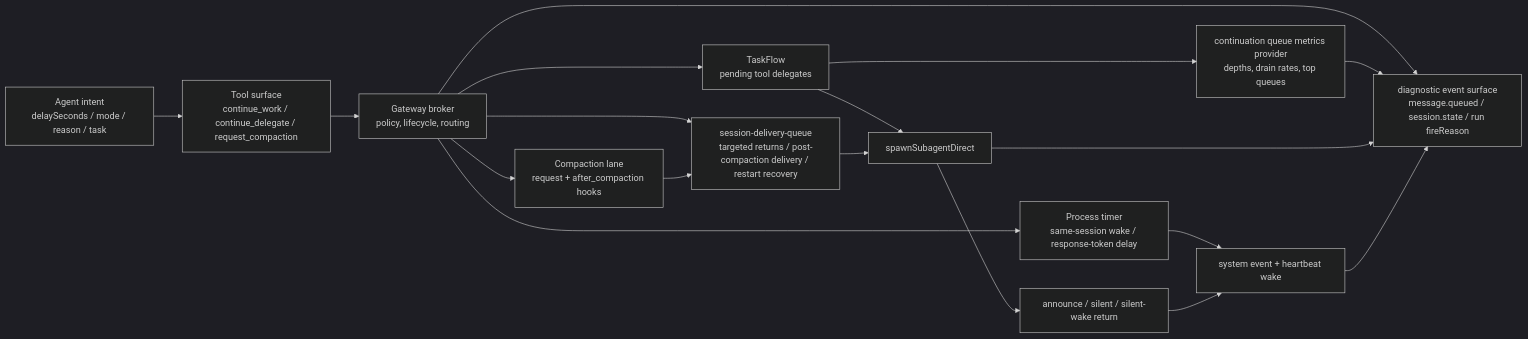
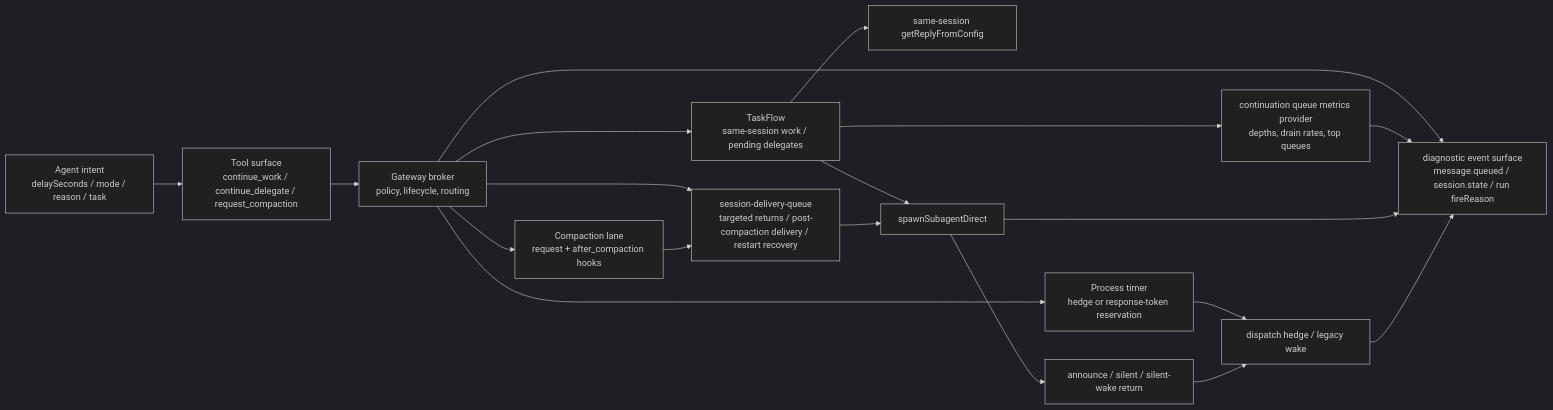
The fifth of 6 diagrams in docs/design/continue-work-signal-v2.md (openclaw/openclaw), drawn with Mermaid (dark theme) before and after one commit. The commit also changed other lines of this file, not shown here.

Commit message:
docs: update continue_work TaskFlow RFC

````diff
--- a/docs/design/continue-work-signal-v2.md
+++ b/docs/design/continue-work-signal-v2.md
@@ -842,20 +848,21 @@
 ```mermaid
 flowchart LR
     Agent["Agent intent<br/>delaySeconds / mode / reason / task"] --> Tool["Tool surface<br/>continue_work / continue_delegate / request_compaction"]
     Tool --> Broker["Gateway broker<br/>policy, lifecycle, routing"]
-    Broker --> Timer["Process timer<br/>same-session wake / response-token delay"]
-    Broker --> TaskFlow["TaskFlow<br/>pending tool delegates"]
+    Broker --> TaskFlow["TaskFlow<br/>same-session work / pending delegates"]
+    Broker --> Timer["Process timer<br/>hedge or response-token reservation"]
     Broker --> Queue["session-delivery-queue<br/>targeted returns / post-compaction delivery / restart recovery"]
     Broker --> Compaction["Compaction lane<br/>request + after_compaction hooks"]
     Broker --> Diag["diagnostic event surface<br/>message.queued / session.state / run fireReason"]
-    Timer --> Wake["system event + heartbeat wake"]
+    TaskFlow --> Direct["same-session getReplyFromConfig"]
     TaskFlow --> Spawn["spawnSubagentDirect"]
+    Timer --> Wake["dispatch hedge / legacy wake"]
     TaskFlow --> Metrics["continuation queue metrics provider<br/>depths, drain rates, top queues"]
     Metrics --> Diag
     Queue --> Spawn
     Compaction --> Queue
     Spawn --> Return["announce / silent / silent-wake return"]
     Spawn --> Diag
     Return --> Wake
     Wake --> Diag
 ```
````
